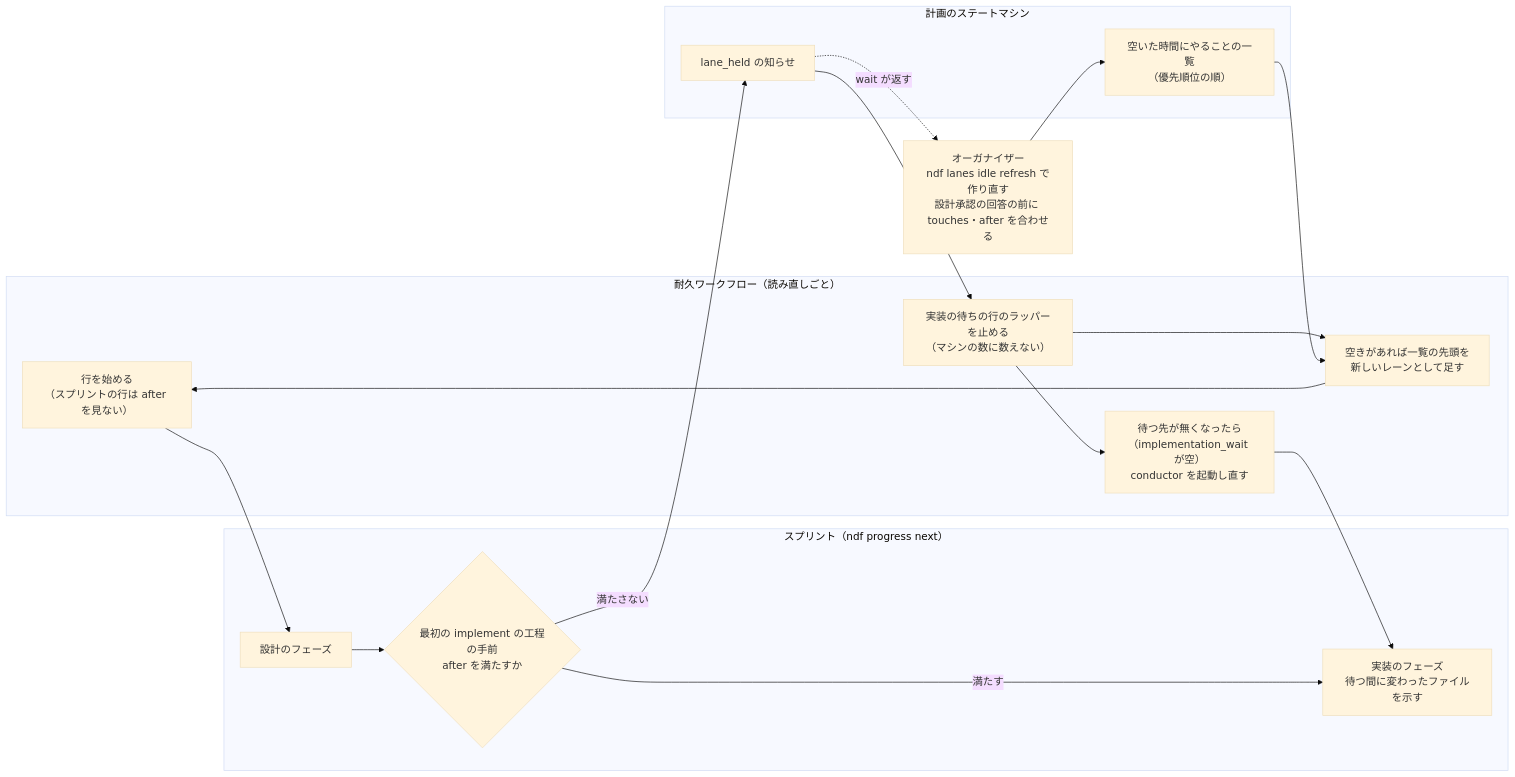
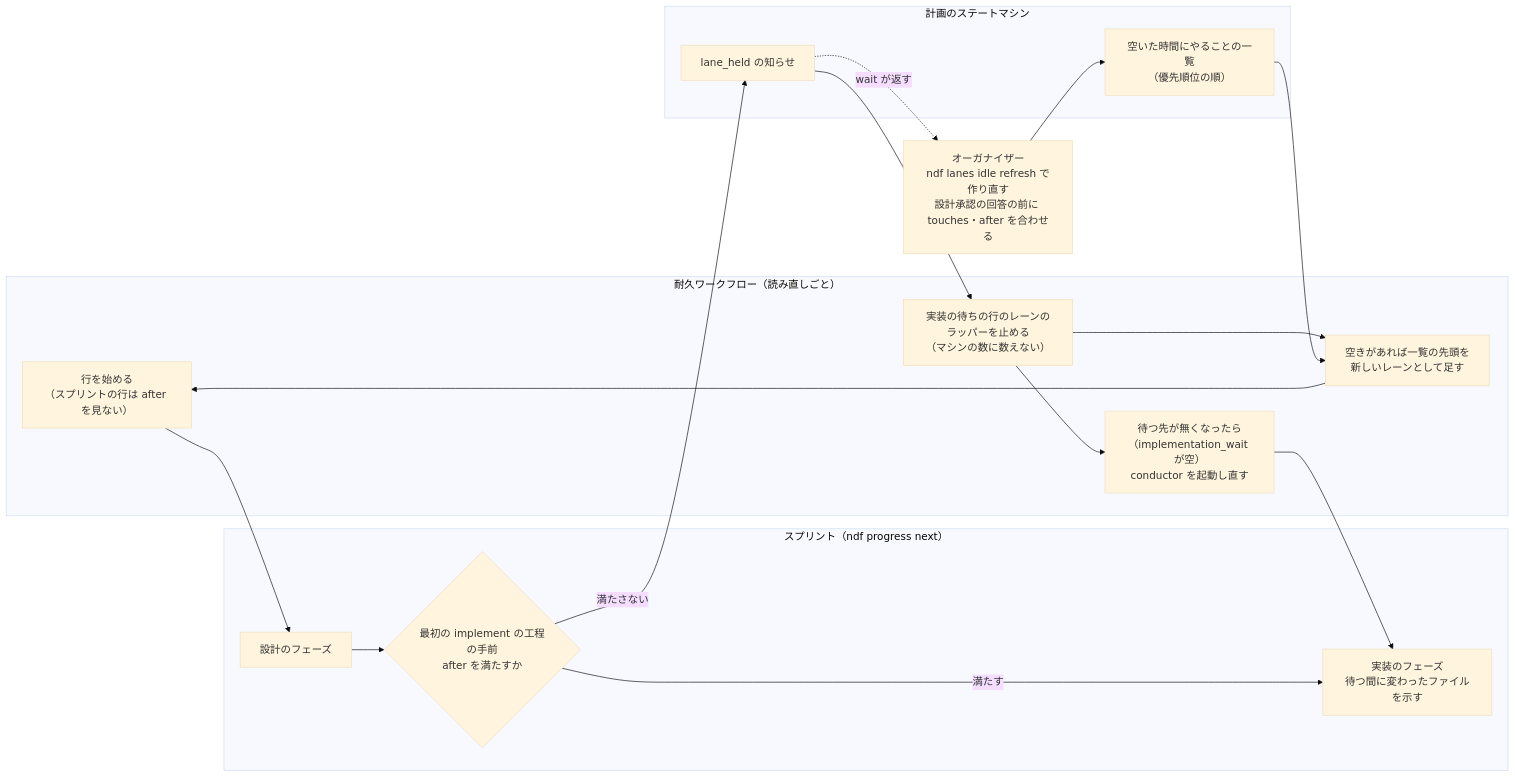
One commit to devbasex/ai-plugins changed the fifth of 7 diagrams in issues/issue-4050-design.md. Above: the diagram before and after it, drawn with Mermaid (base theme). The commit also changed other lines of this file and 1 other file, not shown here.

````diff
--- a/issues/issue-4050-design.md
+++ b/issues/issue-4050-design.md
@@ -197,25 +197,25 @@
 ```mermaid
 flowchart LR
   subgraph WF["耐久ワークフロー（読み直しごと）"]
     ST["行を始める<br>（スプリントの行は after を見ない）"]
-    HL["実装の待ちの行のラッパーを止める<br>（マシンの数に数えない）"]
+    HL["実装の待ちの行のレーンのラッパーを止める<br>（マシンの数に数えない）"]
     RL["待つ先が無くなったら<br>（implementation_wait が空）<br>conductor を起動し直す"]
     AS["空きがあれば一覧の先頭を<br>新しいレーンとして足す"]
   end
   subgraph S["スプリント（ndf progress next）"]
     D["設計のフェーズ"]
     H{"最初の implement の工程の手前<br>after を満たすか"}
     I["実装のフェーズ<br>待つ間に変わったファイルを示す"]
   end
   subgraph P["計画のステートマシン"]
     Q["空いた時間にやることの一覧<br>（優先順位の順）"]
     N["lane_held の知らせ"]
   end
   O["オーガナイザー<br>ndf lanes idle refresh で作り直す<br>設計承認の回答の前に touches・after を合わせる"]
   ST --> D --> H
   H -- "満たす" --> I
   H -- "満たさない" --> N --> HL --> AS
   HL --> RL --> I
   O --> Q --> AS --> ST
   N -. "wait が返す" .-> O
 ```
````
